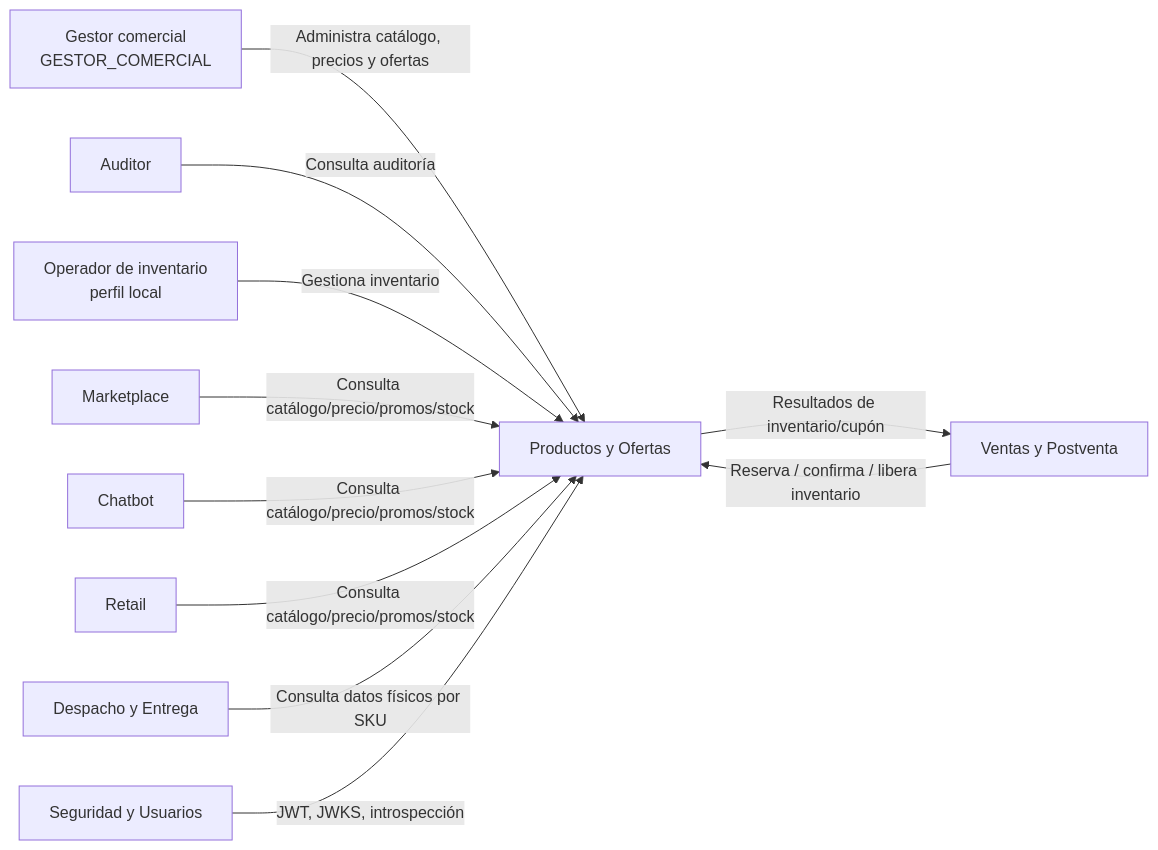
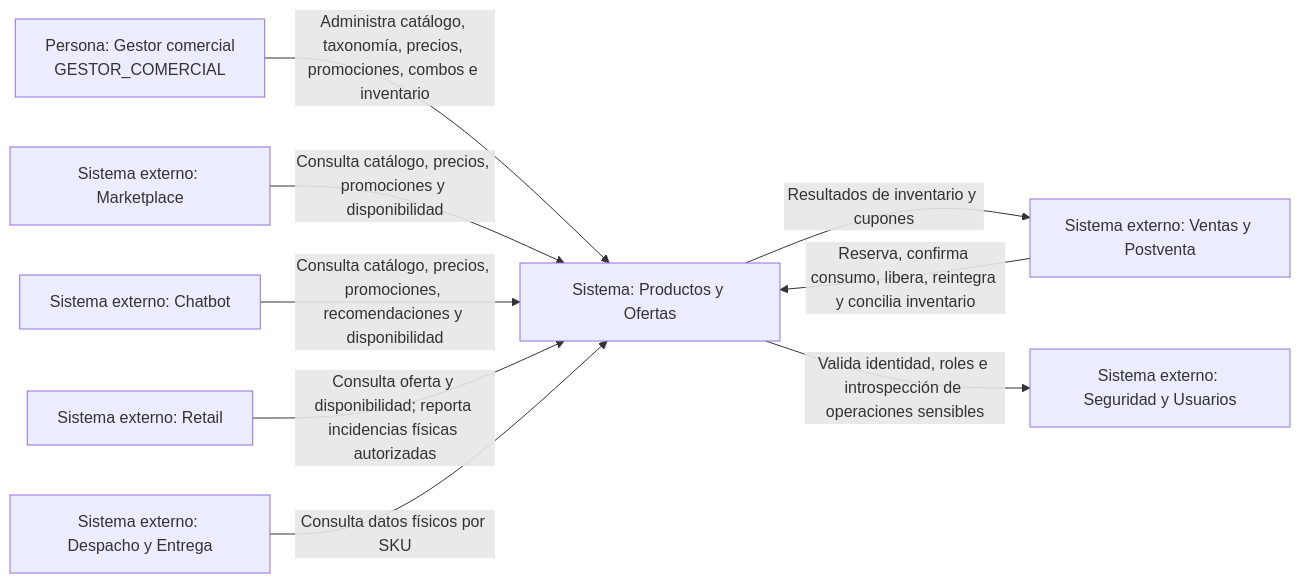
Before and after one commit to Taller-SW-Web/G6-Productos-Ofertas-docs: the first of 10 diagrams in Arquitectura.md, drawn with Mermaid. The commit also changed other lines of this file and 9 other files, not shown here.

Commit message:
docs(castilla): aplicar correcciones P0 de actores canonicos y diagramas C4

````diff
--- a/Arquitectura.md
+++ b/Arquitectura.md
@@ -2026,30 +2032,26 @@
 ```mermaid
 flowchart LR
-  gestor["Gestor comercial<br/>GESTOR_COMERCIAL"]
-  auditor["Auditor"]
-  operador["Operador de inventario<br/>perfil local"]
+  gestor["Persona: Gestor comercial<br/>GESTOR_COMERCIAL"]
 
-  market["Marketplace"]
-  chatbot["Chatbot"]
-  retail["Retail"]
-  ventas["Ventas y Postventa"]
-  despacho["Despacho y Entrega"]
-  seguridad["Seguridad y Usuarios"]
+  market["Sistema externo: Marketplace"]
+  chatbot["Sistema externo: Chatbot"]
+  retail["Sistema externo: Retail"]
+  ventas["Sistema externo: Ventas y Postventa"]
+  despacho["Sistema externo: Despacho y Entrega"]
+  seguridad["Sistema externo: Seguridad y Usuarios"]
 
-  po["Productos y Ofertas"]
+  po["Sistema: Productos y Ofertas"]
 
-  gestor -->|"Administra catálogo, precios y ofertas"| po
-  auditor -->|"Consulta auditoría"| po
-  operador -->|"Gestiona inventario"| po
+  gestor -->|"Administra catálogo, taxonomía, precios, promociones, combos e inventario"| po
 
-  market -->|"Consulta catálogo/precio/promos/stock"| po
-  chatbot -->|"Consulta catálogo/precio/promos/stock"| po
-  retail -->|"Consulta catálogo/precio/promos/stock"| po
+  market -->|"Consulta catálogo, precios, promociones y disponibilidad"| po
+  chatbot -->|"Consulta catálogo, precios, promociones, recomendaciones y disponibilidad"| po
+  retail -->|"Consulta oferta y disponibilidad; reporta incidencias físicas autorizadas"| po
 
-  ventas -->|"Reserva / confirma / libera inventario"| po
-  po -->|"Resultados de inventario/cupón"| ventas
+  ventas -->|"Reserva, confirma consumo, libera, reintegra y concilia inventario"| po
+  po -->|"Resultados de inventario y cupones"| ventas
 
   despacho -->|"Consulta datos físicos por SKU"| po
 
-  seguridad -->|"JWT, JWKS, introspección"| po
+  po -->|"Valida identidad, roles e introspección de operaciones sensibles"| seguridad
 ```
````
